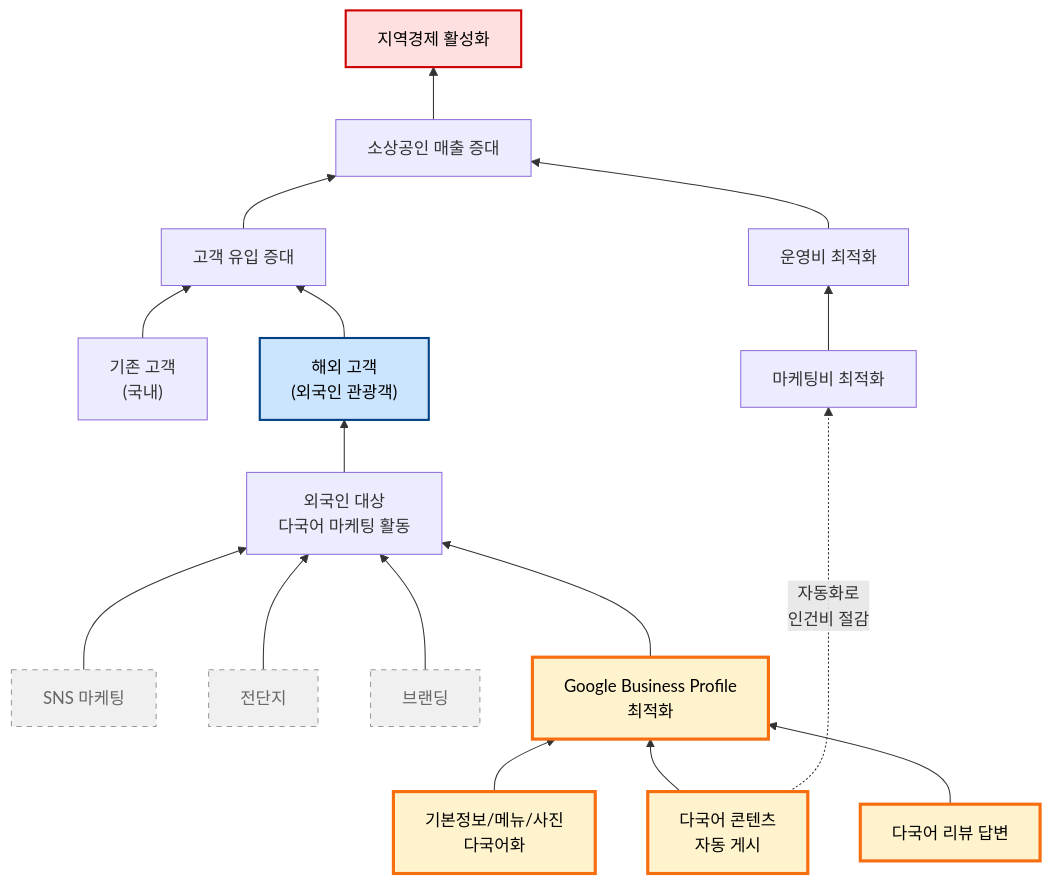
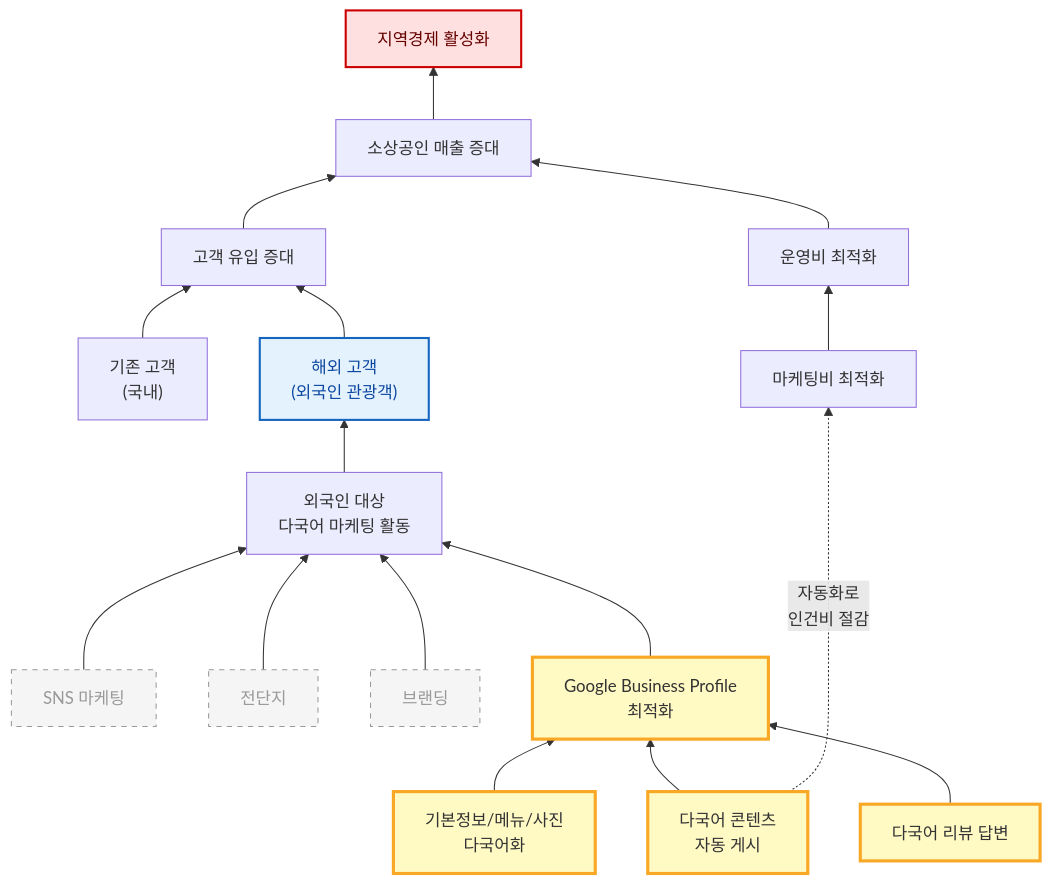
The diagram in docs/WHYTREE.md (GyehyuKim/glocalx), drawn with Mermaid before and after one commit. The commit also changed other lines of this file, not shown here.

````diff
--- a/docs/WHYTREE.md
+++ b/docs/WHYTREE.md
@@ -10,61 +17,61 @@
 ```mermaid
 graph BT
     %% 궁극 목적 (둘)
     Goal1["지역경제 활성화"]
 
     %% 매출 극대화 — M:N #1: 두 부모로 동시 기여
     Sales["소상공인 매출 증대"]
 
     %% 매출 극대화의 두 갈래
     Path1["고객 유입 증대"]
     Path2["운영비 최적화"]
 
     %% 고객 유입 가지
     Cust1["기존 고객<br/>(국내)"]
     Cust2["해외 고객<br/>(외국인 관광객)"]
     Mkt["외국인 대상<br/>다국어 마케팅 활동"]
 
     %% 마케팅 채널 4종
     Ch1["SNS 마케팅"]
     Ch2["전단지"]
     Ch3["브랜딩"]
     Ch4["Google Business Profile<br/>최적화"]
 
     %% GBP 최적화의 3가지 수단 (우리 솔루션)
     Sol1["다국어 콘텐츠<br/>자동 게시"]
     Sol2["기본정보/메뉴/사진<br/>다국어화"]
     Sol3["다국어 리뷰 답변"]
 
     %% 운영비 최적화 가지
     Mkc["마케팅비 최적화"]
 
     %% --- 화살표 ---
     Sales --> Goal1
     Path1 --> Sales
     Path2 --> Sales
     Cust1 --> Path1
     Cust2 --> Path1
     Mkt --> Cust2
     Ch1 --> Mkt
     Ch2 --> Mkt
     Ch3 --> Mkt
     Ch4 --> Mkt
     Sol1 --> Ch4
     Sol2 --> Ch4
     Sol3 --> Ch4
     Mkc --> Path2
 
     %% M:N #2: GBP 자동화는 매출과 비용 둘 다에 기여
     Sol1 -.->|"자동화로<br/>인건비 절감"| Mkc
 
     %% --- 스타일 ---
-    classDef ultimate fill:#ffe0e0,stroke:#c00,stroke-width:2px,color:#000
-    classDef main fill:#fff3cd,stroke:#f76e11,stroke-width:3px,color:#000
-    classDef out fill:#f0f0f0,stroke:#999,stroke-dasharray:5 5,color:#666
-    classDef target fill:#cce5ff,stroke:#004085,stroke-width:2px,color:#000
+    classDef ultimate fill:#ffe0e0,stroke:#c00,stroke-width:2px,color:#600
+    classDef main fill:#fff9c4,stroke:#f9a825,stroke-width:3px,color:#333
+    classDef out fill:#f5f5f5,stroke:#999,stroke-dasharray:5 5,color:#999
+    classDef target fill:#e3f2fd,stroke:#1565c0,stroke-width:2px,color:#0d47a1
 
     class Goal1 ultimate
     class Ch4,Sol1,Sol2,Sol3 main
     class Ch1,Ch2,Ch3 out
     class Cust2 target
 ```
````
